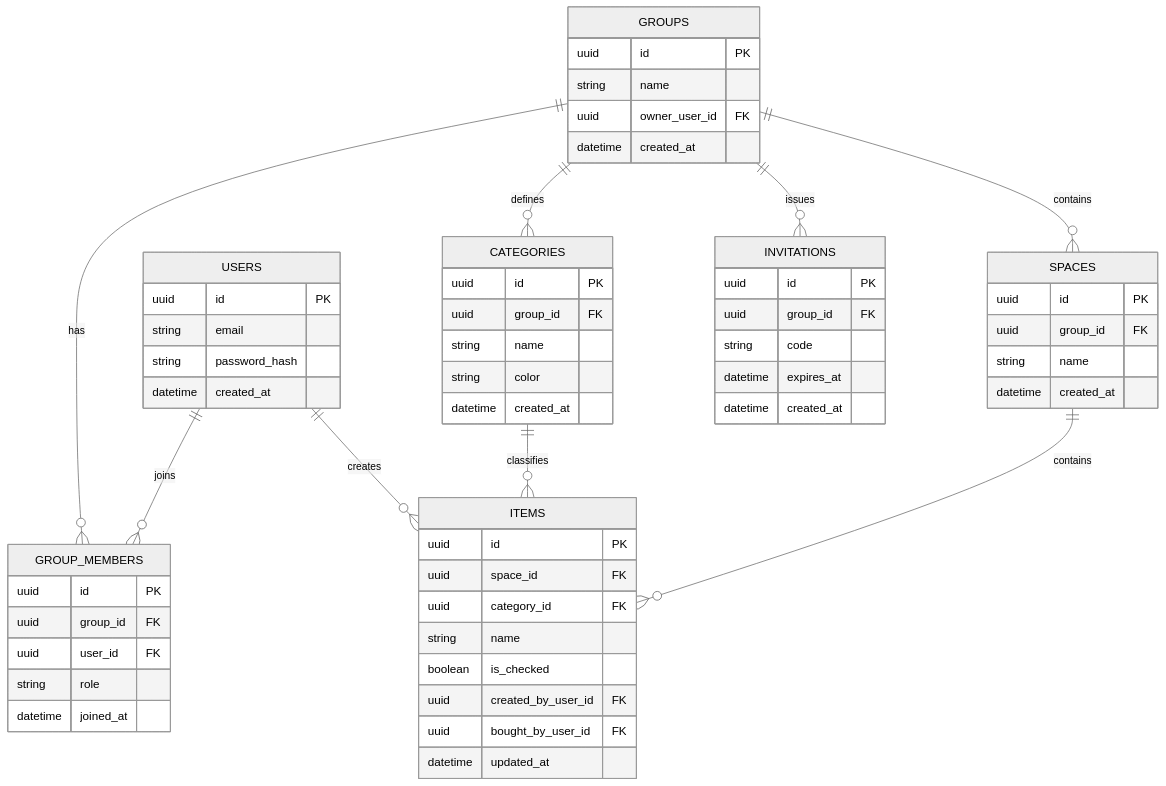
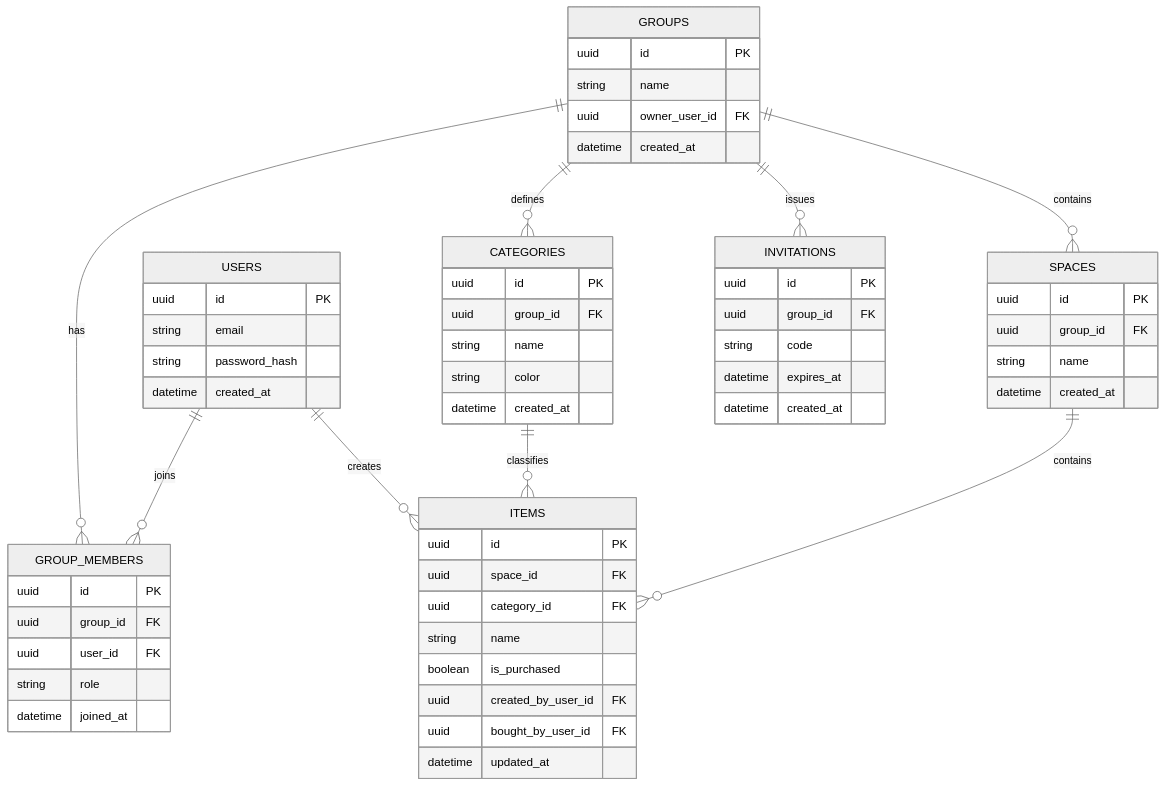
Before and after one commit to YotaroKono/tamai-project: the second of 2 diagrams in ER.md, drawn with Mermaid (neutral theme). The commit also changed other lines of this file, not shown here.

Commit message:
Rename 'is_checked' to 'is_purchased' in ITEMS and CATEGORIES tables for clarity

````diff
--- a/ER.md
+++ b/ER.md
@@ -71,68 +71,68 @@
 ```mermaid
 erDiagram
     USERS {
         uuid id PK
         string email
         string password_hash
         datetime created_at
     }
 
     GROUPS {
         uuid id PK
         string name
         uuid owner_user_id FK
         datetime created_at
     }
 
     GROUP_MEMBERS {
         uuid id PK
         uuid group_id FK
         uuid user_id FK
         string role
         datetime joined_at
     }
 
     SPACES {
         uuid id PK
         uuid group_id FK
         string name
         datetime created_at
     }
 
     CATEGORIES {
         uuid id PK
         uuid group_id FK
         string name
         string color
         datetime created_at
     }
 
     ITEMS {
         uuid id PK
         uuid space_id FK
         uuid category_id FK
         string name
-        boolean is_checked
+        boolean is_purchased
         uuid created_by_user_id FK
         uuid bought_by_user_id FK
         datetime updated_at
     }
 
     INVITATIONS {
         uuid id PK
         uuid group_id FK
         string code
         datetime expires_at
         datetime created_at
     }
 
     USERS ||--o{ GROUP_MEMBERS : joins
     GROUPS ||--o{ GROUP_MEMBERS : has
     GROUPS ||--o{ SPACES : contains
     GROUPS ||--o{ CATEGORIES : defines
     SPACES ||--o{ ITEMS : contains
     CATEGORIES ||--o{ ITEMS : classifies
     USERS ||--o{ ITEMS : creates
     GROUPS ||--o{ INVITATIONS : issues
 
 ```
````
